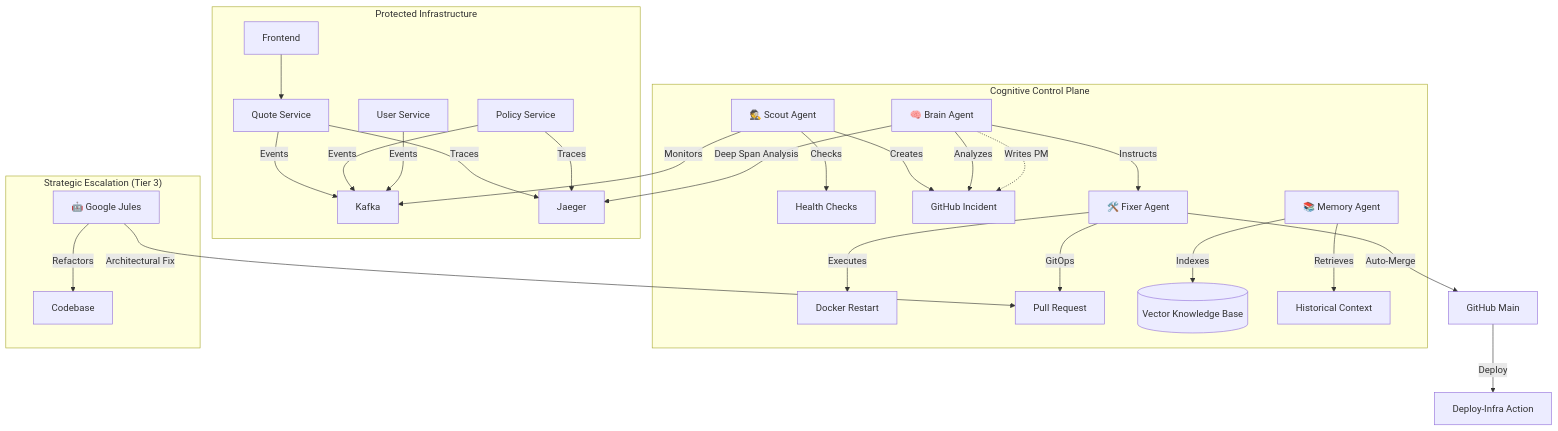
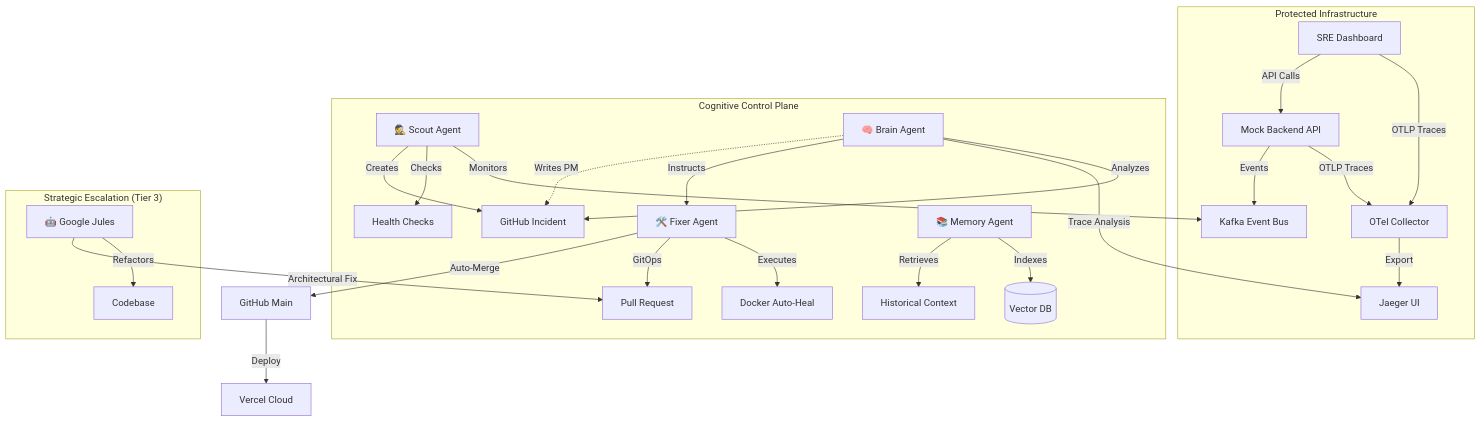
Before and after one commit to mohammedsalmanj/sre.space-cp: the diagram in README.md, drawn with Mermaid. The commit also changed other lines of this file, not shown here.

Commit message:
docs: update README with production architecture and OTel details

````diff
--- a/README.md
+++ b/README.md
@@ -26,36 +26,35 @@
 ```mermaid
 graph TD
     subgraph "Protected Infrastructure"
-        QS[Quote Service] -->|Events| Kafka
-        PS[Policy Service] -->|Events| Kafka
-        US[User Service] -->|Events| Kafka
-        Frontend --> QS
-        QS -->|Traces| Jaeger
-        PS -->|Traces| Jaeger
+        UI[SRE Dashboard] -->|OTLP Traces| OTel[OTel Collector]
+        UI -->|API Calls| MockAPI[Mock Backend API]
+        MockAPI -->|OTLP Traces| OTel
+        MockAPI -->|Events| Kafka[Kafka Event Bus]
+        OTel -->|Export| Jaeger[Jaeger UI]
     end
 
     subgraph "Cognitive Control Plane"
         Scout[🕵️ Scout Agent] -->|Monitors| Kafka
         Scout -->|Checks| Health[Health Checks]
         Scout -->|Creates| Issue[GitHub Incident]
 
         Brain[🧠 Brain Agent] -->|Analyzes| Issue
-        Brain -->|Deep Span Analysis| Jaeger
+        Brain -->|Trace Analysis| Jaeger
         Brain -->|Instructs| Fixer
 
-        Fixer[🛠️ Fixer Agent] -->|Executes| Cmd[Docker Restart]
+        Fixer[🛠️ Fixer Agent] -->|Executes| Cmd[Docker Auto-Heal]
         Fixer -->|GitOps| PR[Pull Request]
         
-        Memory[📚 Memory Agent] -->|Indexes| ChromaDB[(Vector Knowledge Base)]
+        Memory[📚 Memory Agent] -->|Indexes| ChromaDB[(Vector DB)]
         Memory -->|Retrieves| Patterns[Historical Context]
     end
 
     subgraph "Strategic Escalation (Tier 3)"
         Jules[🤖 Google Jules] -->|Refactors| Code[Codebase]
         Jules -->|Architectural Fix| PR
     end
 
     Brain -.->|Writes PM| Issue
     Fixer -->|Auto-Merge| GitHub[GitHub Main]
-    GitHub -->|Deploy| Infra[Deploy-Infra Action]
+    GitHub -->|Deploy| Vercel[Vercel Cloud]
 ```
````
